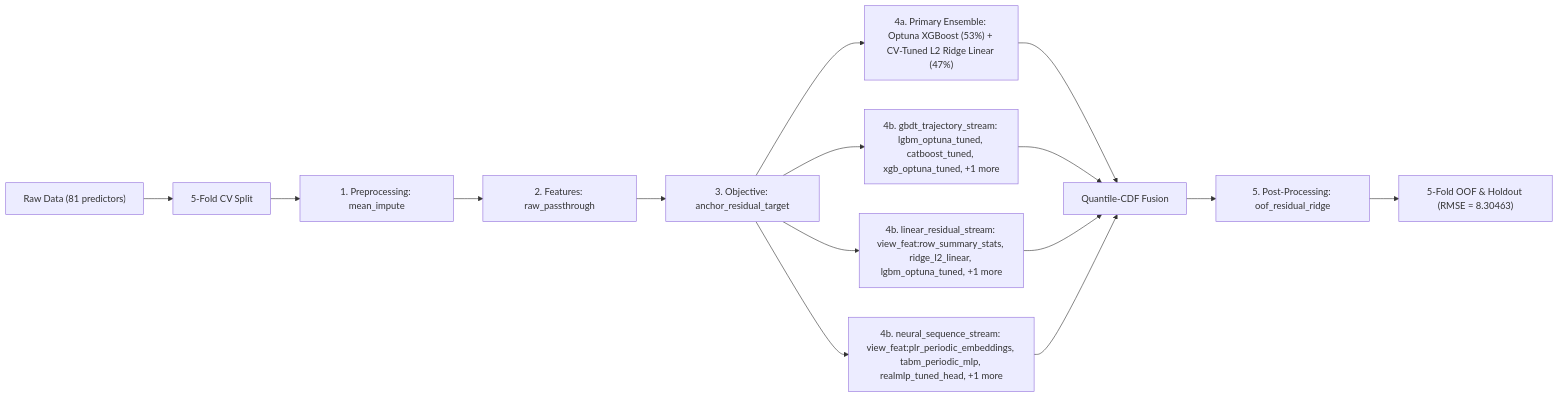
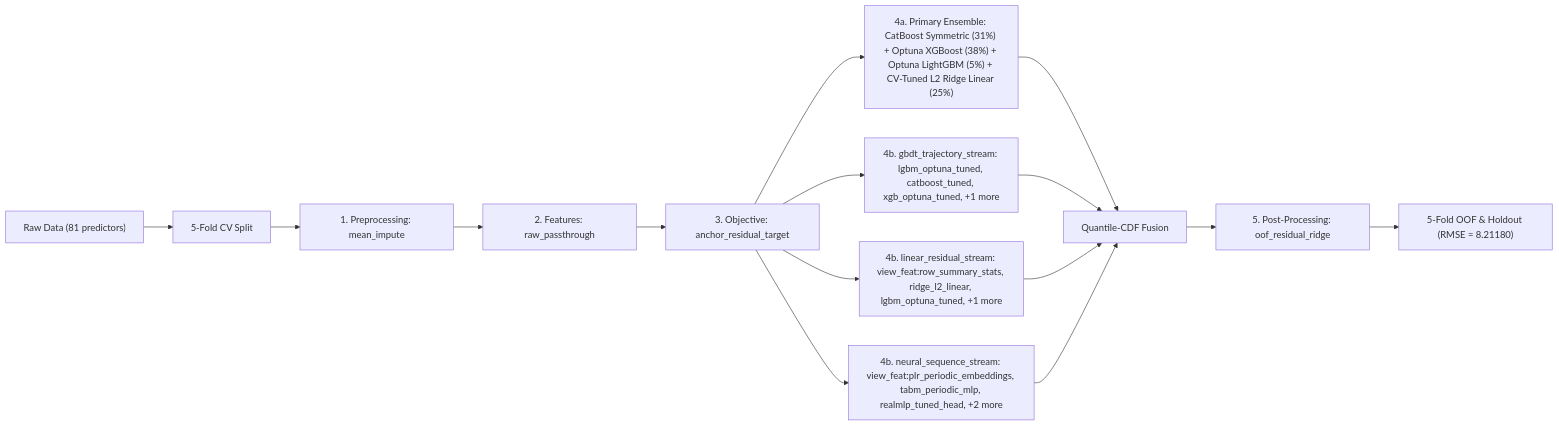
One commit to stefanoclss/ROGII-Wellbore-Geology-Prediction changed the diagram in README.md. Above: the diagram before and after it, drawn with Mermaid. The commit also changed other lines of this file, not shown here.

First line of the commit message:
docs(readme): refresh verified OOF benchmark & build ledger (RMSE=8.21180)

````diff
--- a/README.md
+++ b/README.md
@@ -76,17 +77,17 @@
 ```mermaid
 flowchart LR
     DATA["Raw Data (81 predictors)"] --> SPLIT["5-Fold CV Split"]
     SPLIT --> PRE["1. Preprocessing: mean_impute"]
     PRE --> FEAT["2. Features: raw_passthrough"]
     FEAT --> OBJ["3. Objective: anchor_residual_target"]
-    OBJ --> M0["4a. Primary Ensemble: Optuna XGBoost (53%) + CV-Tuned L2 Ridge Linear (47%)"]
+    OBJ --> M0["4a. Primary Ensemble: CatBoost Symmetric (31%) + Optuna XGBoost (38%) + Optuna LightGBM (5%) + CV-Tuned L2 Ridge Linear (25%)"]
     M0 --> FUSE["Quantile-CDF Fusion"]
     OBJ --> S1["4b. gbdt_trajectory_stream: lgbm_optuna_tuned, catboost_tuned, xgb_optuna_tuned, +1 more"]
     S1 --> FUSE
     OBJ --> S2["4b. linear_residual_stream: view_feat:row_summary_stats, ridge_l2_linear, lgbm_optuna_tuned, +1 more"]
     S2 --> FUSE
-    OBJ --> S3["4b. neural_sequence_stream: view_feat:plr_periodic_embeddings, tabm_periodic_mlp, realmlp_tuned_head, +1 more"]
+    OBJ --> S3["4b. neural_sequence_stream: view_feat:plr_periodic_embeddings, tabm_periodic_mlp, realmlp_tuned_head, +2 more"]
     S3 --> FUSE
     FUSE --> POST["5. Post-Processing: oof_residual_ridge"]
-    POST --> OUT["5-Fold OOF & Holdout (RMSE = 8.30463)"]
+    POST --> OUT["5-Fold OOF & Holdout (RMSE = 8.21180)"]
 ```
````
